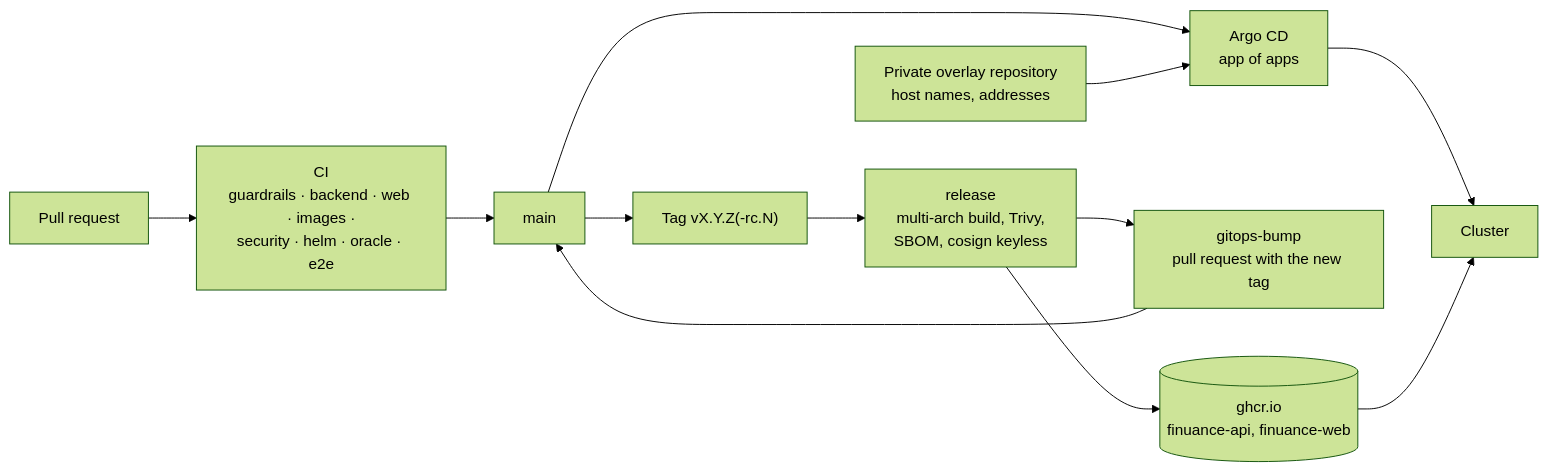
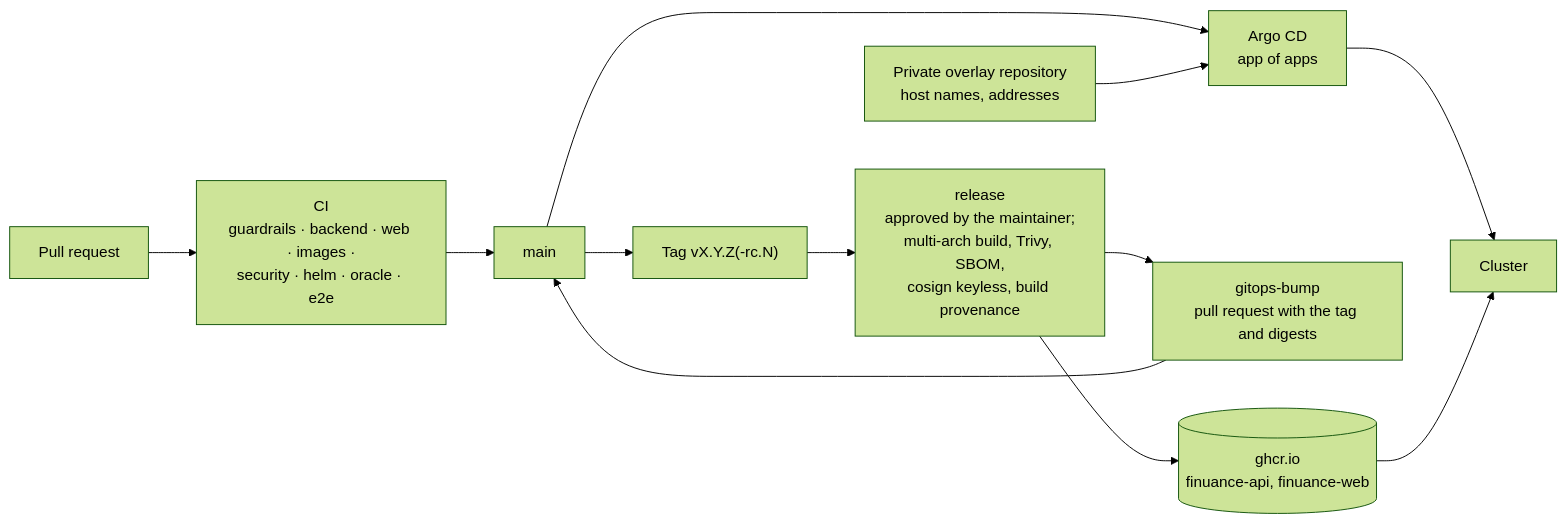
One commit to x2db736ac85h/Finuance changed the third of 3 diagrams in docs/COMPONENTS.md. Above: the diagram before and after it, drawn with Mermaid (forest theme). The commit also changed other lines of this file and 6 other files, not shown here.

````diff
--- a/docs/COMPONENTS.md
+++ b/docs/COMPONENTS.md
@@ -184,14 +183,14 @@
 ```mermaid
 flowchart LR
     pr["Pull request"] --> ci["CI<br/>guardrails · backend · web · images ·<br/>security · helm · oracle · e2e"]
     ci --> main["main"]
     main --> tag["Tag vX.Y.Z(-rc.N)"]
-    tag --> rel["release<br/>multi-arch build, Trivy,<br/>SBOM, cosign keyless"]
+    tag --> rel["release<br/>approved by the maintainer;<br/>multi-arch build, Trivy, SBOM,<br/>cosign keyless, build provenance"]
     rel --> ghcr[("ghcr.io<br/>finuance-api, finuance-web")]
-    rel --> bump["gitops-bump<br/>pull request with the new tag"]
+    rel --> bump["gitops-bump<br/>pull request with the tag and digests"]
     bump --> main
     main --> argo["Argo CD<br/>app of apps"]
     priv["Private overlay repository<br/>host names, addresses"] --> argo
     argo --> cluster["Cluster"]
     ghcr --> cluster
 ```
````
